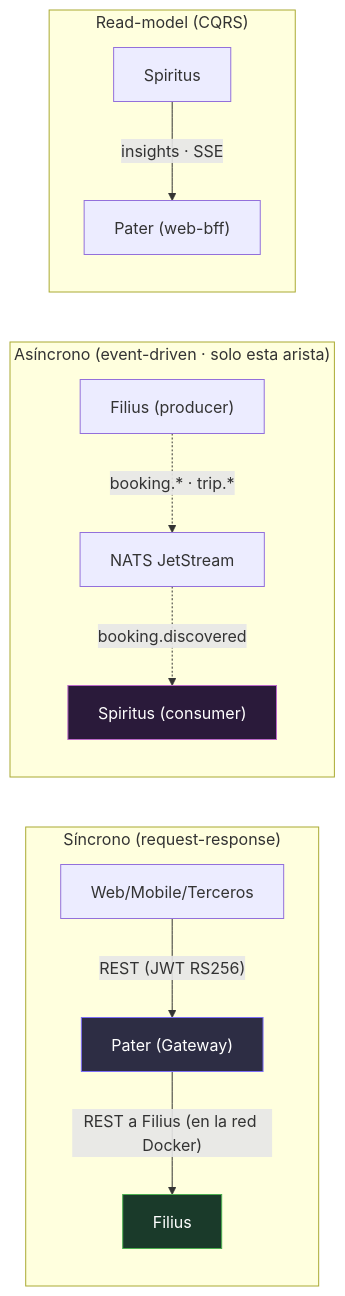
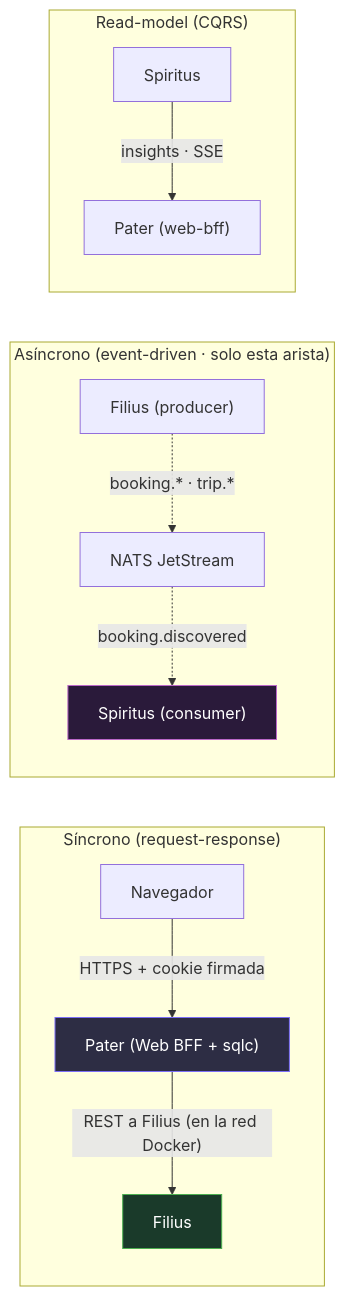
Before and after one commit to az-juan/trotamundos: the third of 3 diagrams in trinity/units/01-arquitectura-global.md, drawn with Mermaid. The commit also changed other lines of this file and 98 other files, not shown here.

````diff
--- a/trinity/units/01-arquitectura-global.md
+++ b/trinity/units/01-arquitectura-global.md
@@ -171,17 +171,17 @@
 ```mermaid
 graph LR
     subgraph "Síncrono (request-response)"
-        C["Web/Mobile/Terceros"] -->|"REST (JWT RS256)"| P["Pater (Gateway)"]
+        C["Navegador"] -->|"HTTPS + cookie firmada"| P["Pater (Web BFF + sqlc)"]
         P -->|"REST a Filius (en la red Docker)"| F["Filius"]
     end
     subgraph "Asíncrono (event-driven · solo esta arista)"
         F2["Filius (producer)"] -.->|"booking.* · trip.*"| NS["NATS JetStream"]
         NS -.->|"booking.discovered"| S["Spiritus (consumer)"]
     end
     subgraph "Read-model (CQRS)"
         S2["Spiritus"] -->|"insights · SSE"| P2["Pater (web-bff)"]
     end
     style P fill:#2d2d44,stroke:#7c6ff7,color:#fff
     style F fill:#1a3a2a,stroke:#4caf50,color:#fff
     style S fill:#2a1a3a,stroke:#ba68c8,color:#fff
 ```
````
